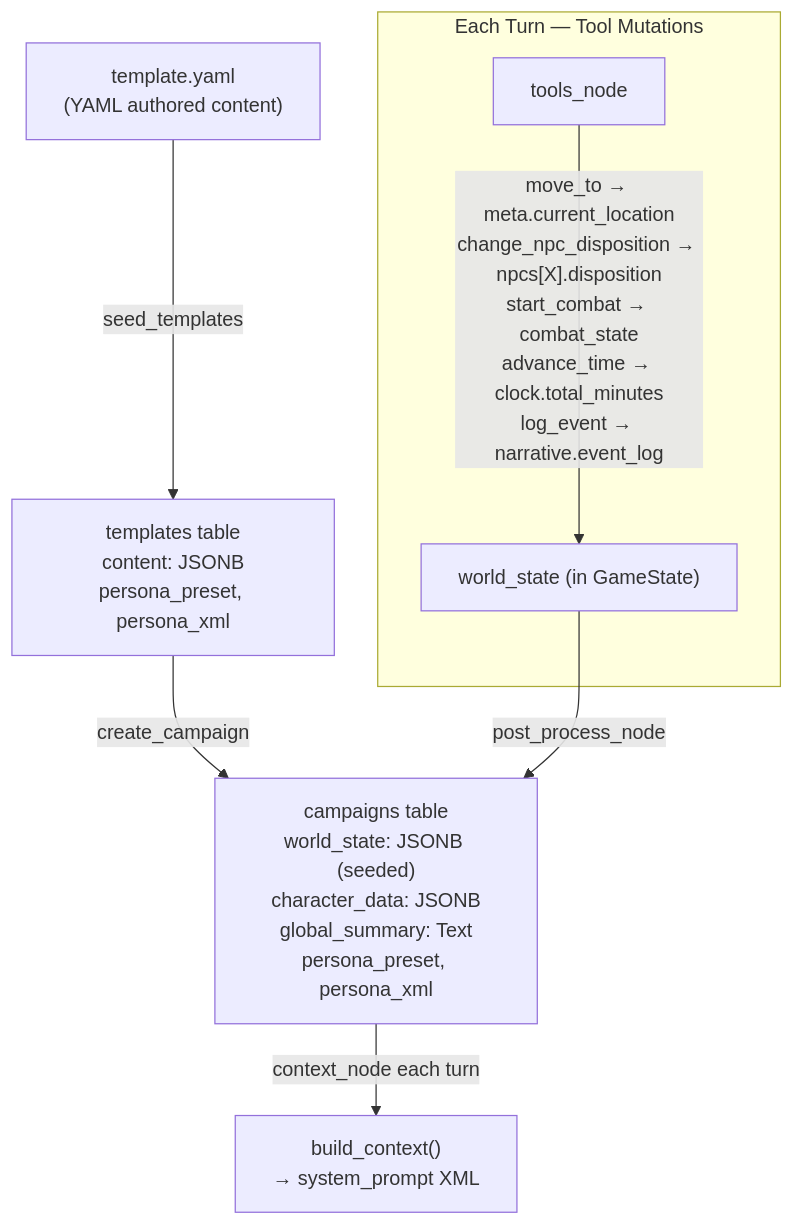
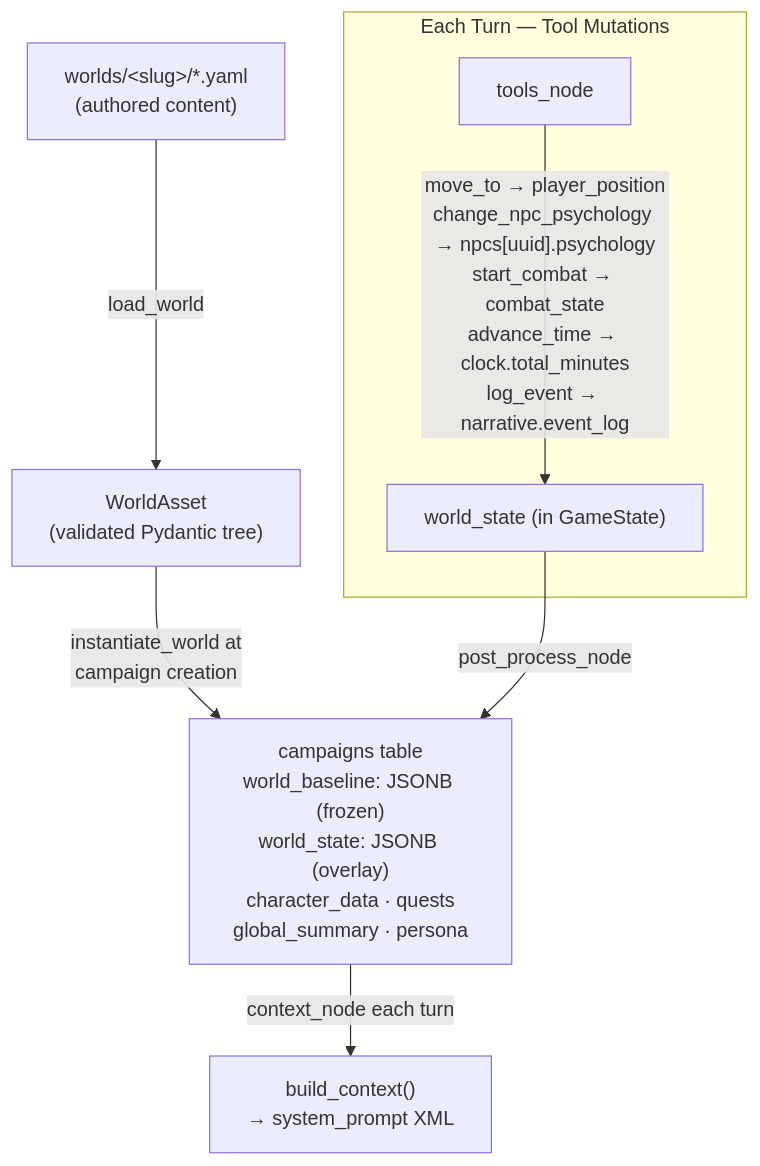
One commit to tommasomattarelli/saga changed the sixth of 7 diagrams in docs/AGENTIC_ARCHITECTURE.md. Above: the diagram before and after it, drawn with Mermaid. The commit also changed other lines of this file and 1 other file, not shown here.

Commit message:
docs(architecture): re-ground the engine doc in the current code

````diff
--- a/docs/AGENTIC_ARCHITECTURE.md
+++ b/docs/AGENTIC_ARCHITECTURE.md
@@ -380,12 +402,12 @@
 ```mermaid
 flowchart TD
-    TY["template.yaml\n(YAML authored content)"] -->|seed_templates| TDB["templates table\ncontent: JSONB\npersona_preset, persona_xml"]
-    TDB -->|create_campaign| CDB["campaigns table\nworld_state: JSONB (seeded)\ncharacter_data: JSONB\nglobal_summary: Text\npersona_preset, persona_xml"]
+    WY["worlds/&lt;slug&gt;/*.yaml\n(authored content)"] -->|load_world| WA["WorldAsset\n(validated Pydantic tree)"]
+    WA -->|instantiate_world at\ncampaign creation| CDB["campaigns table\nworld_baseline: JSONB (frozen)\nworld_state: JSONB (overlay)\ncharacter_data · quests\nglobal_summary · persona"]
 
     subgraph "Each Turn — Tool Mutations"
-        TN2["tools_node"] -->|"move_to → meta.current_location\nchange_npc_disposition → npcs[X].disposition\nstart_combat → combat_state\nadvance_time → clock.total_minutes\nlog_event → narrative.event_log"| WS["world_state (in GameState)"]
+        TN2["tools_node"] -->|"move_to → player_position\nchange_npc_psychology → npcs[uuid].psychology\nstart_combat → combat_state\nadvance_time → clock.total_minutes\nlog_event → narrative.event_log"| WS["world_state (in GameState)"]
     end
 
     WS -->|post_process_node| CDB
     CDB -->|context_node each turn| BC["build_context()\n→ system_prompt XML"]
 ```
````
